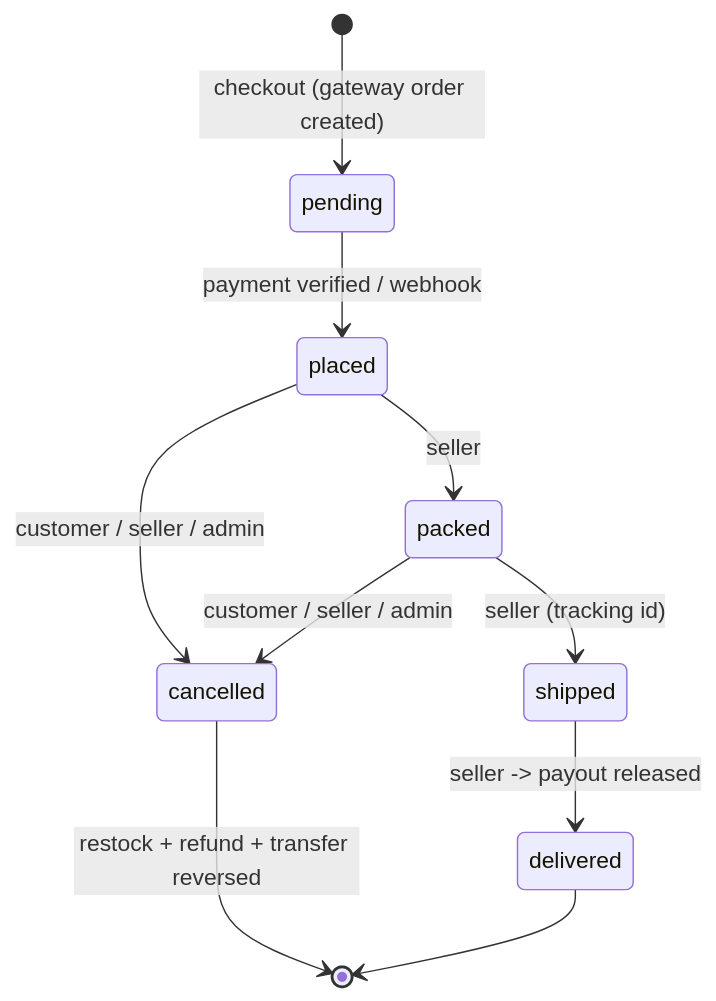
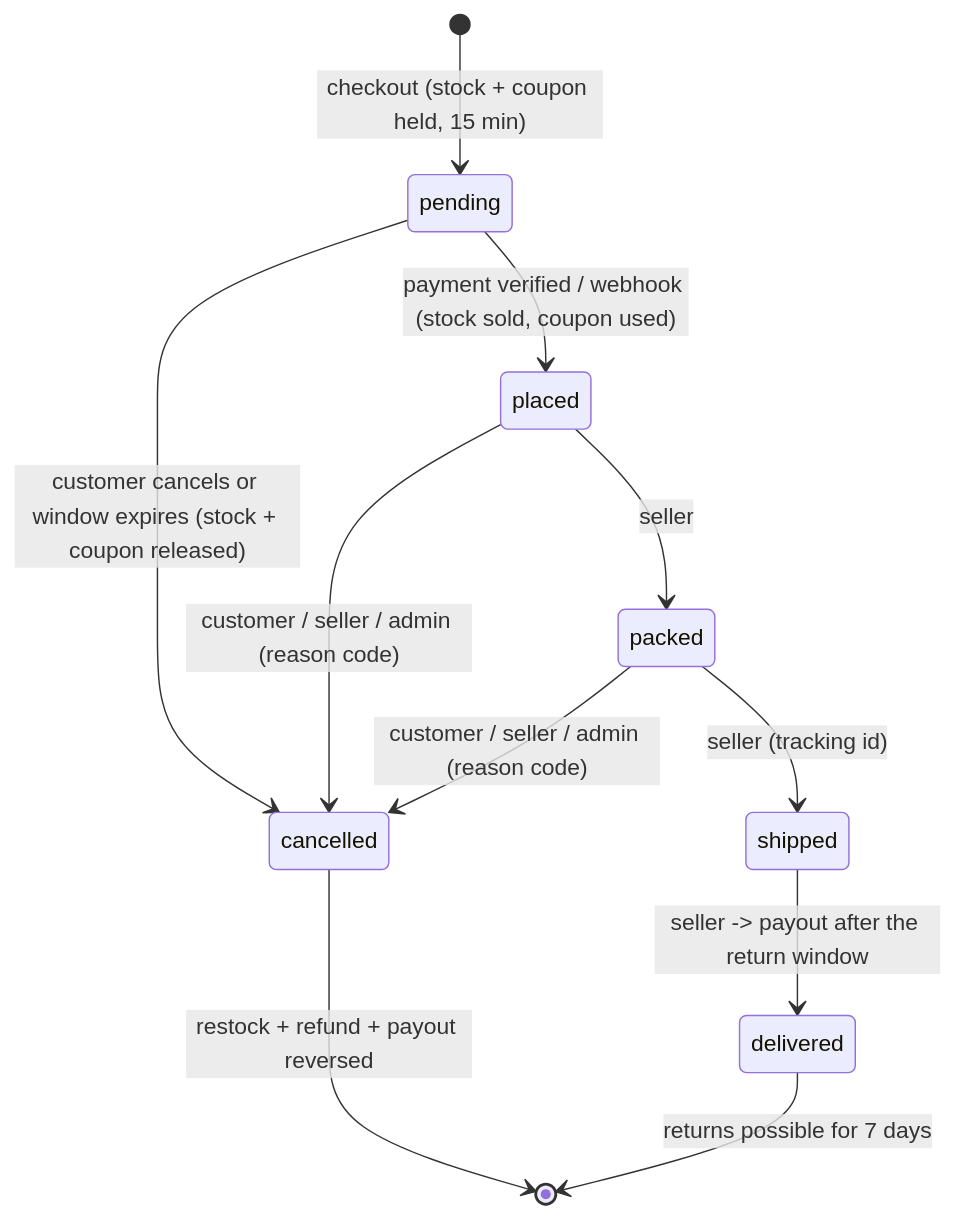
One commit to Abhishek-Gangwar-18/nexvia-capstone-project-submission changed the fourth of 5 diagrams in docs/ARCHITECTURE.md. Above: the diagram before and after it, drawn with Mermaid. The commit also changed other lines of this file and 2 other files, not shown here.

Commit message:
docs: README/ARCHITECTURE/API_TESTS -> document Stripe payments, refresh sessions, returns, payouts and the test suite, and add an API test guide -> so the docs match the redesigned system now setup, env vars and flows are described for the Stripe version

````diff
--- a/docs/ARCHITECTURE.md
+++ b/docs/ARCHITECTURE.md
@@ -197,12 +348,13 @@
 ```mermaid
 stateDiagram-v2
-  [*] --> pending: checkout (gateway order created)
-  pending --> placed: payment verified / webhook
+  [*] --> pending: checkout (stock + coupon held, 15 min)
+  pending --> placed: payment verified / webhook (stock sold, coupon used)
+  pending --> cancelled: customer cancels or window expires (stock + coupon released)
   placed --> packed: seller
   packed --> shipped: seller (tracking id)
-  shipped --> delivered: seller -> payout released
-  placed --> cancelled: customer / seller / admin
-  packed --> cancelled: customer / seller / admin
-  cancelled --> [*]: restock + refund + transfer reversed
-  delivered --> [*]
+  shipped --> delivered: seller -> payout after the return window
+  placed --> cancelled: customer / seller / admin (reason code)
+  packed --> cancelled: customer / seller / admin (reason code)
+  cancelled --> [*]: restock + refund + payout reversed
+  delivered --> [*]: returns possible for 7 days
 ```
````
